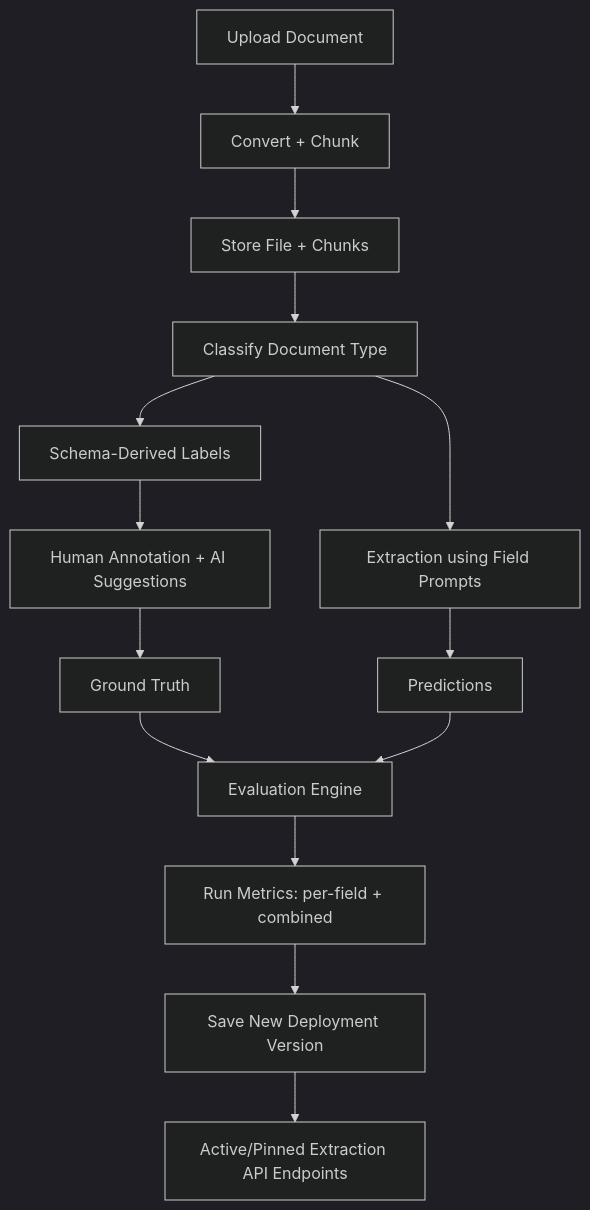
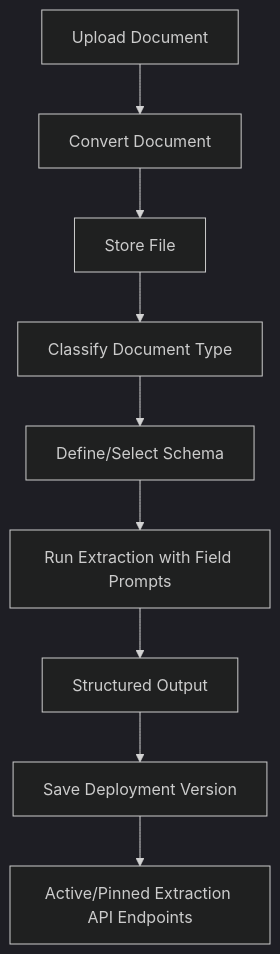
The second of 2 diagrams in README.md (Matthew-Booth-Py/data-labeller), drawn with Mermaid (dark theme) before and after one commit. The commit also changed other lines of this file and 79 other files, not shown here.

Commit message:
Update .gitignore to exclude test files and add poppler-utils to Dockerfile; refactor README for clarity and structure; remove unused annotation and evaluation endpoints from Django API.

````diff
--- a/README.md
+++ b/README.md
@@ -65,16 +53,11 @@
 ```mermaid
 flowchart TD
-    A[Upload Document] --> B[Convert + Chunk]
-    B --> C[Store File + Chunks]
+    A[Upload Document] --> B[Convert Document]
+    B --> C[Store File]
     C --> D[Classify Document Type]
-    D --> E[Schema-Derived Labels]
-    E --> F[Human Annotation + AI Suggestions]
-    D --> G[Extraction using Field Prompts]
-    F --> H[Ground Truth]
-    G --> I[Predictions]
-    H --> J[Evaluation Engine]
-    I --> J
-    J --> K[Run Metrics: per-field + combined]
-    K --> L[Save New Deployment Version]
-    L --> M[Active/Pinned Extraction API Endpoints]
+    D --> E[Define/Select Schema]
+    E --> F[Run Extraction with Field Prompts]
+    F --> G[Structured Output]
+    G --> H[Save Deployment Version]
+    H --> I[Active/Pinned Extraction API Endpoints]
 ```
````
